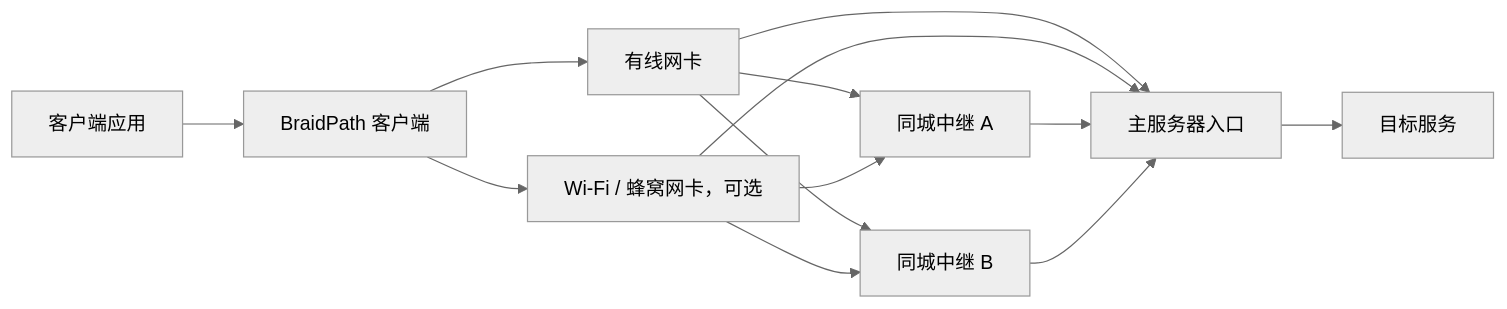
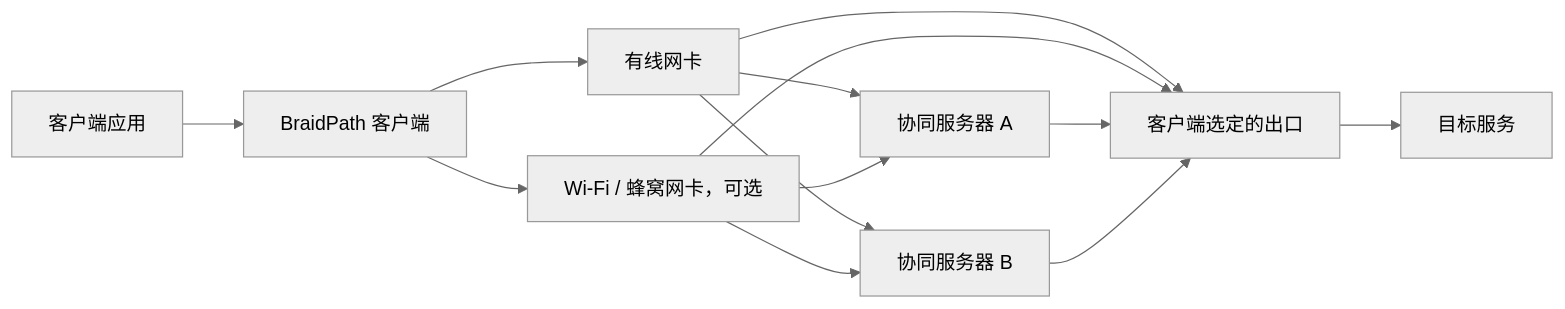
One commit to LiuTangLei/braidpath changed the diagram in README.zh.md. Above: the diagram before and after it, drawn with Mermaid (neutral theme). The commit also changed other lines of this file and 33 other files, not shown here.

````diff
--- a/README.zh.md
+++ b/README.zh.md
@@ -24,15 +24,15 @@
 ```mermaid
 flowchart LR
     App[客户端应用] --> C[BraidPath 客户端]
     C --> E[有线网卡]
     C --> W[Wi-Fi / 蜂窝网卡，可选]
-    E --> M[主服务器入口]
-    E --> R1[同城中继 A]
-    E --> R2[同城中继 B]
+    E --> M[客户端选定的出口]
+    E --> R1[协同服务器 A]
+    E --> R2[协同服务器 B]
     W --> M
     W --> R1
     W --> R2
     R1 --> M
     R2 --> M
     M --> S[目标服务]
 ```
````
